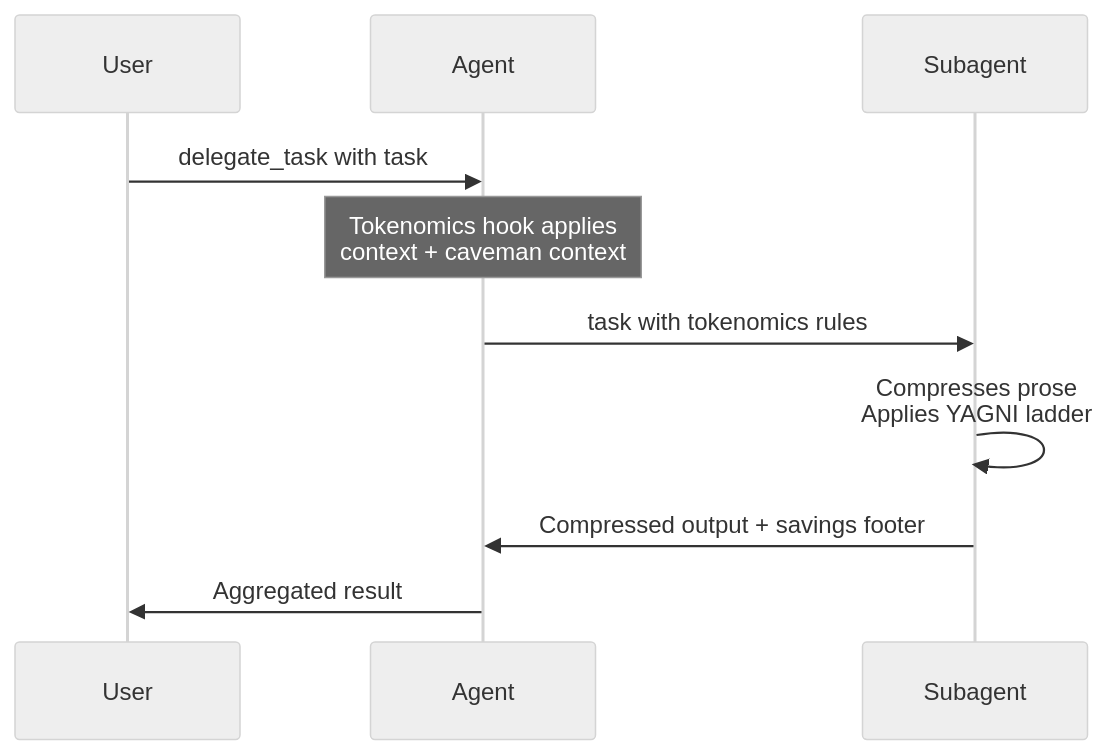
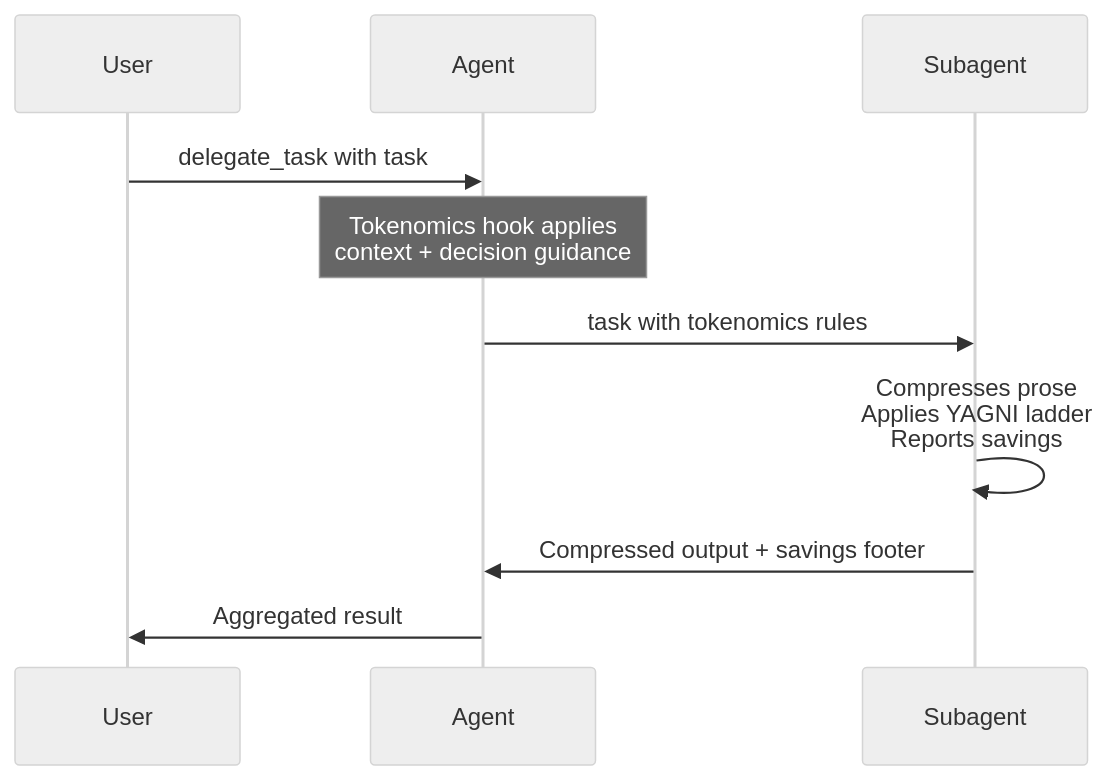
Before and after one commit to z99wE/tokenomics-plugin: the third of 3 diagrams in README.md, drawn with Mermaid (neutral theme). The commit also changed other lines of this file, not shown here.

First line of the commit message:
v2.3.1: Proper README with Mermaid architecture diagrams

````diff
--- a/README.md
+++ b/README.md
@@ -100,12 +119,12 @@
 ```mermaid
 sequenceDiagram
     participant U as User
     participant A as Agent
     participant S as Subagent
     U->>A: delegate_task with task
-    Note over A: Tokenomics hook applies<br/>context + caveman context
+    Note over A: Tokenomics hook applies<br/>context + decision guidance
     A->>S: task with tokenomics rules
-    S->>S: Compresses prose<br/>Applies YAGNI ladder
+    S->>S: Compresses prose<br/>Applies YAGNI ladder<br/>Reports savings
     S->>A: Compressed output + savings footer
     A->>U: Aggregated result
 ```
````
